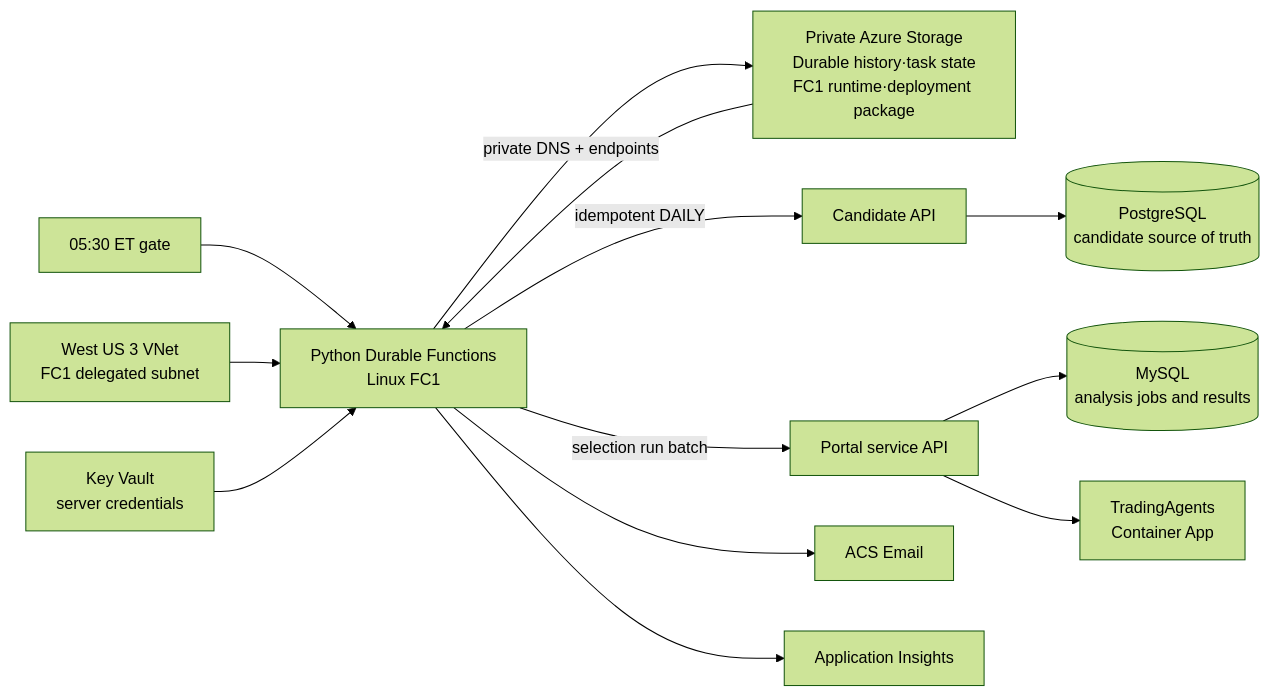
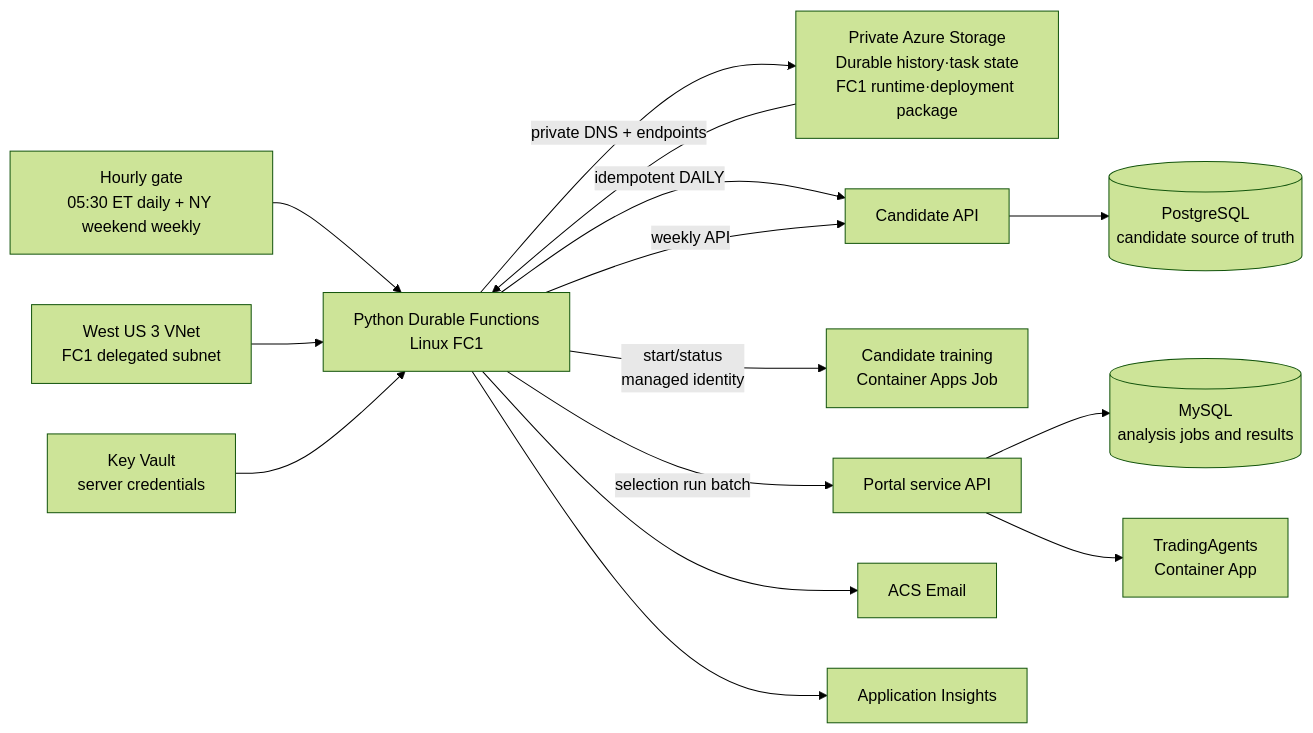
One commit to brjeong-private/sp500-candidate-engine changed the diagram in orchestrator/README.md. Above: the diagram before and after it, drawn with Mermaid (forest theme). The commit also changed other lines of this file and 51 other files, not shown here.

````diff
--- a/orchestrator/README.md
+++ b/orchestrator/README.md
@@ -21,15 +22,17 @@
 ```mermaid
 flowchart LR
-    Timer["05:30 ET gate"] --> Function["Python Durable Functions<br/>Linux FC1"]
+    Timer["Hourly gate<br/>05:30 ET daily + NY weekend weekly"] --> Function["Python Durable Functions<br/>Linux FC1"]
     Storage["Private Azure Storage<br/>Durable history·task state<br/>FC1 runtime·deployment package"] --> Function
     VNet["West US 3 VNet<br/>FC1 delegated subnet"] --> Function
     Function -->|"private DNS + endpoints"| Storage
     Vault["Key Vault<br/>server credentials"] --> Function
     Function -->|"idempotent DAILY"| Candidate["Candidate API"]
+    Function -->|"weekly API"| Candidate
+    Function -->|"start/status<br/>managed identity"| Training["Candidate training<br/>Container Apps Job"]
     Candidate --> PostgreSQL[("PostgreSQL<br/>candidate source of truth")]
     Function -->|"selection run batch"| Portal["Portal service API"]
     Portal --> MySQL[("MySQL<br/>analysis jobs and results")]
     Portal --> Trading["TradingAgents<br/>Container App"]
     Function --> Email["ACS Email"]
     Function --> Insights["Application Insights"]
 ```
````
